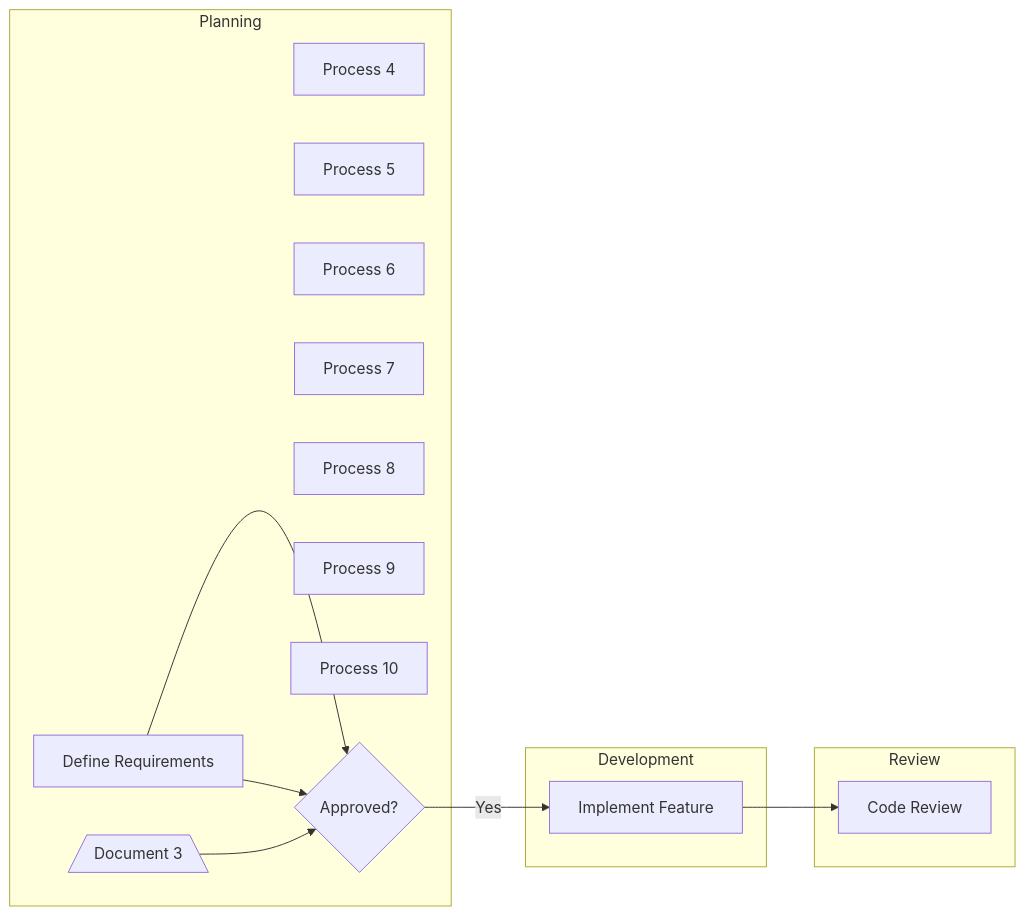
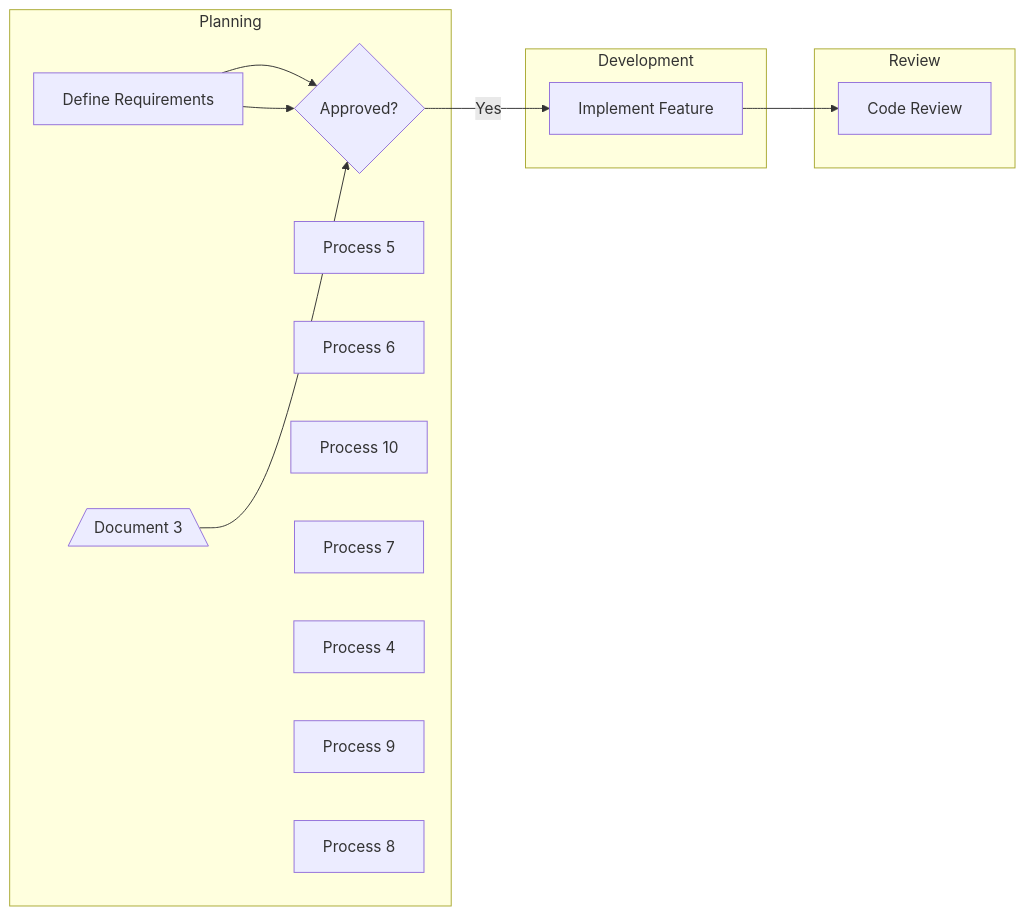
Before and after one commit to pingpm/mermaid_vault: the diagram in mmd/123_b288880a-82c6-4177-9391-227a1f2c715c.mmd, drawn with Mermaid. The commit also changed other lines of this file and 2 other files, not shown here.

Commit message:
Sync Mermaid Studio data (11 diagrams)

```diff
--- a/mmd/123_b288880a-82c6-4177-9391-227a1f2c715c.mmd
+++ b/mmd/123_b288880a-82c6-4177-9391-227a1f2c715c.mmd
@@ -1,24 +1,24 @@
 graph LR
   subgraph lane_lane_2["Development"]
     t_task_3["Implement Feature"]
   end
   subgraph lane_lane_1["Planning"]
-    t_b7e05607_050d_42ed_8f8a_76b35820d277["Process 4"]
+    t_task_1["Define Requirements"]
+    t_task_2{"Approved?"}
     t_83d23f42_fcdf_4d59_99a8_0b1577cb1d8b["Process 5"]
     t_fd98ccdd_eadf_4019_b7b0_028227e9435c["Process 6"]
+    t_69f290e6_49fe_4997_a1c0_d3876c8f9e58[/"Document 3"\]
+    t_d79b1747_db95_470a_96c2_e47dd4144b9b["Process 10"]
     t_f4269c14_ed96_4562_9fe2_0f971517948b["Process 7"]
+    t_b7e05607_050d_42ed_8f8a_76b35820d277["Process 4"]
+    t_2ac99c38_e696_4853_a47d_a35b97ec865d["Process 9"]
     t_3cf13b7f_7c3b_4424_9c24_b800ccfa169f["Process 8"]
-    t_2ac99c38_e696_4853_a47d_a35b97ec865d["Process 9"]
-    t_d79b1747_db95_470a_96c2_e47dd4144b9b["Process 10"]
-    t_task_1["Define Requirements"]
-    t_task_2{"Approved?"}
-    t_69f290e6_49fe_4997_a1c0_d3876c8f9e58[/"Document 3"\]
   end
   subgraph lane_lane_3["Review"]
     t_task_4["Code Review"]
   end
   t_task_1 --> t_task_2
   t_task_2 -->|"Yes"| t_task_3
   t_task_3 --> t_task_4
   t_69f290e6_49fe_4997_a1c0_d3876c8f9e58 --> t_task_2
   t_task_1 --> t_task_2
```
